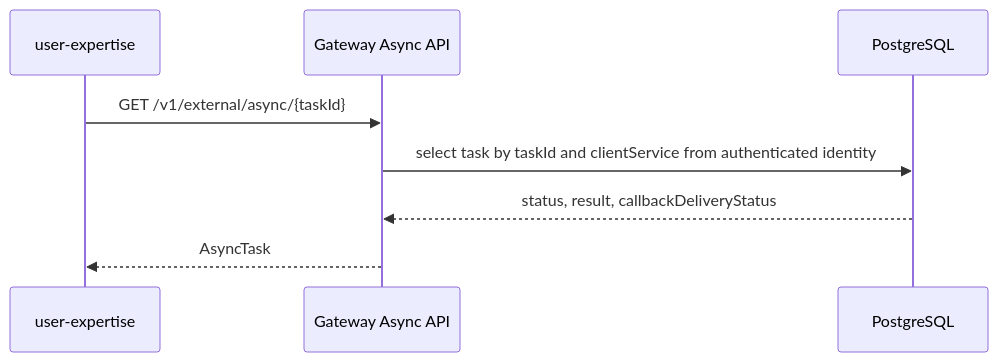
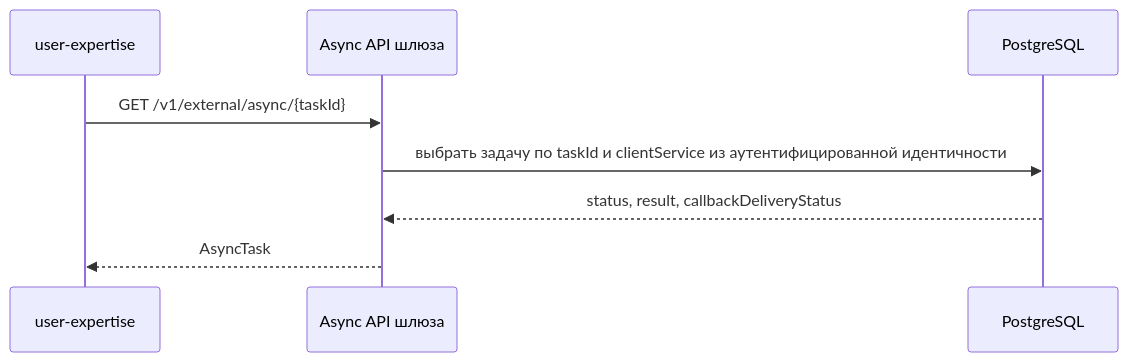
Before and after one commit to DenisVanin4402/TestQwenCli: the sixth of 7 diagrams in docs/external-service-gateway/c4-architecture.md, drawn with Mermaid. The commit also changed other lines of this file and 17 other files, not shown here.

Commit message:
sync\async api (first init) - rus

````diff
--- a/docs/external-service-gateway/c4-architecture.md
+++ b/docs/external-service-gateway/c4-architecture.md
@@ -181,11 +181,11 @@
 ```mermaid
 sequenceDiagram
     participant Client as user-expertise
-    participant API as Gateway Async API
+    participant API as Async API шлюза
     participant DB as PostgreSQL
 
     Client->>API: GET /v1/external/async/{taskId}
-    API->>DB: select task by taskId and clientService from authenticated identity
+    API->>DB: выбрать задачу по taskId и clientService из аутентифицированной идентичности
     DB-->>API: status, result, callbackDeliveryStatus
     API-->>Client: AsyncTask
 ```
````
